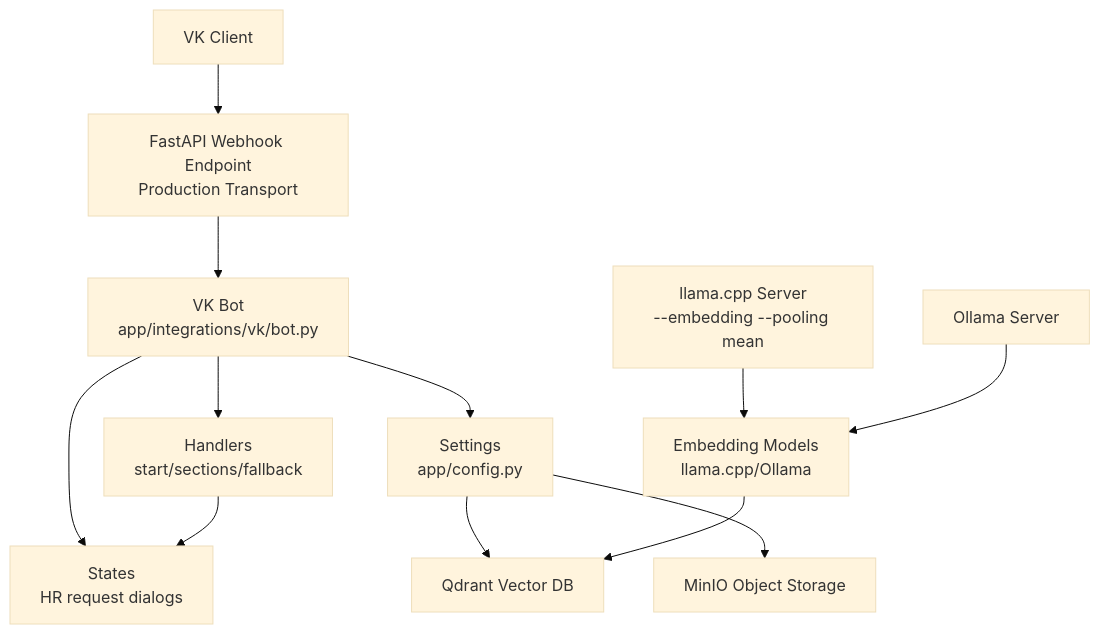
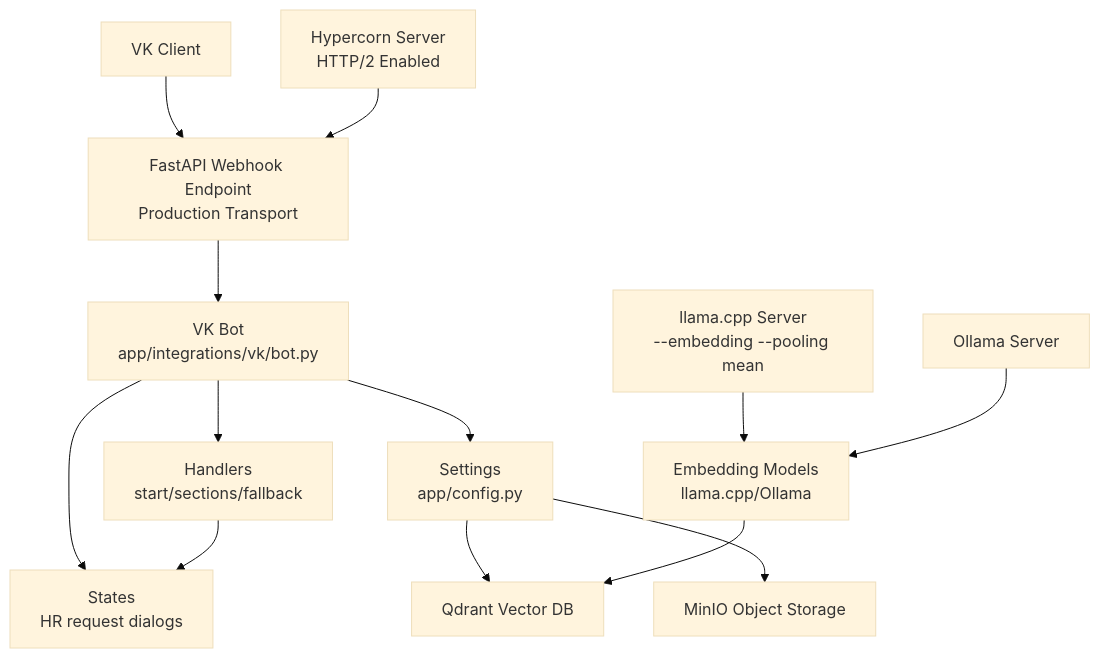
Before and after one commit to ognelis/cafetera_hr_bot: the second of 9 diagrams in .qoder/repowiki/en/content/Deployment and Operations.md, drawn with Mermaid (base theme). The commit also changed other lines of this file and 11 other files, not shown here.

````diff
--- a/.qoder/repowiki/en/content/Deployment and Operations.md
+++ b/.qoder/repowiki/en/content/Deployment and Operations.md
@@ -138,25 +151,27 @@
 ```mermaid
 graph TB
 Client["VK Client"]
 Webhook["FastAPI Webhook Endpoint<br/>Production Transport"]
 Bot["VK Bot<br/>app/integrations/vk/bot.py"]
 Handlers["Handlers<br/>start/sections/fallback"]
 States["States<br/>HR request dialogs"]
 Config["Settings<br/>app/config.py"]
 Qdrant["Qdrant Vector DB"]
 MinIO["MinIO Object Storage"]
 Embeddings["Embedding Models<br/>llama.cpp/Ollama"]
 LlamaServer["llama.cpp Server<br/>--embedding --pooling mean"]
 OllamaServer["Ollama Server"]
+Hypercorn["Hypercorn Server<br/>HTTP/2 Enabled"]
 Client --> Webhook
 Webhook --> Bot
 Bot --> Handlers
 Bot --> States
 Bot --> Config
 Handlers --> States
 Config --> Qdrant
 Config --> MinIO
 Embeddings --> Qdrant
 LlamaServer --> Embeddings
 OllamaServer --> Embeddings
+Hypercorn --> Webhook
 ```
````
